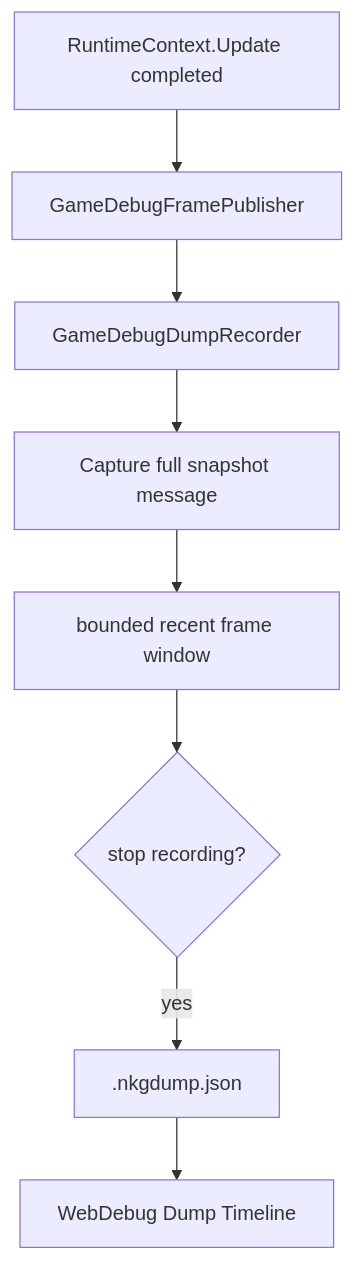
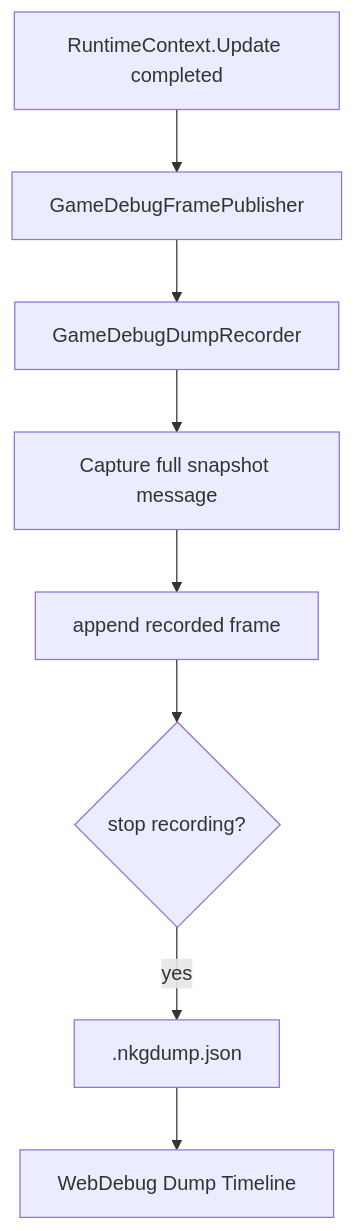
Before and after one commit to wqaetly/NKGGameFramework: the eighth of 10 diagrams in docs/debug-and-dump.md, drawn with Mermaid. The commit also changed other lines of this file and 16 other files, not shown here.

````diff
--- a/docs/debug-and-dump.md
+++ b/docs/debug-and-dump.md
@@ -300,10 +300,10 @@
 ```mermaid
 flowchart TD
     Frame["RuntimeContext.Update completed"] --> Publisher["GameDebugFramePublisher"]
     Publisher --> Recorder["GameDebugDumpRecorder"]
     Recorder --> Capture["Capture full snapshot message"]
-    Capture --> Window["bounded recent frame window"]
-    Window --> Stop{"stop recording?"}
+    Capture --> Frames["append recorded frame"]
+    Frames --> Stop{"stop recording?"}
     Stop -->|yes| Json[".nkgdump.json"]
     Json --> Web["WebDebug Dump Timeline"]
 ```
````
